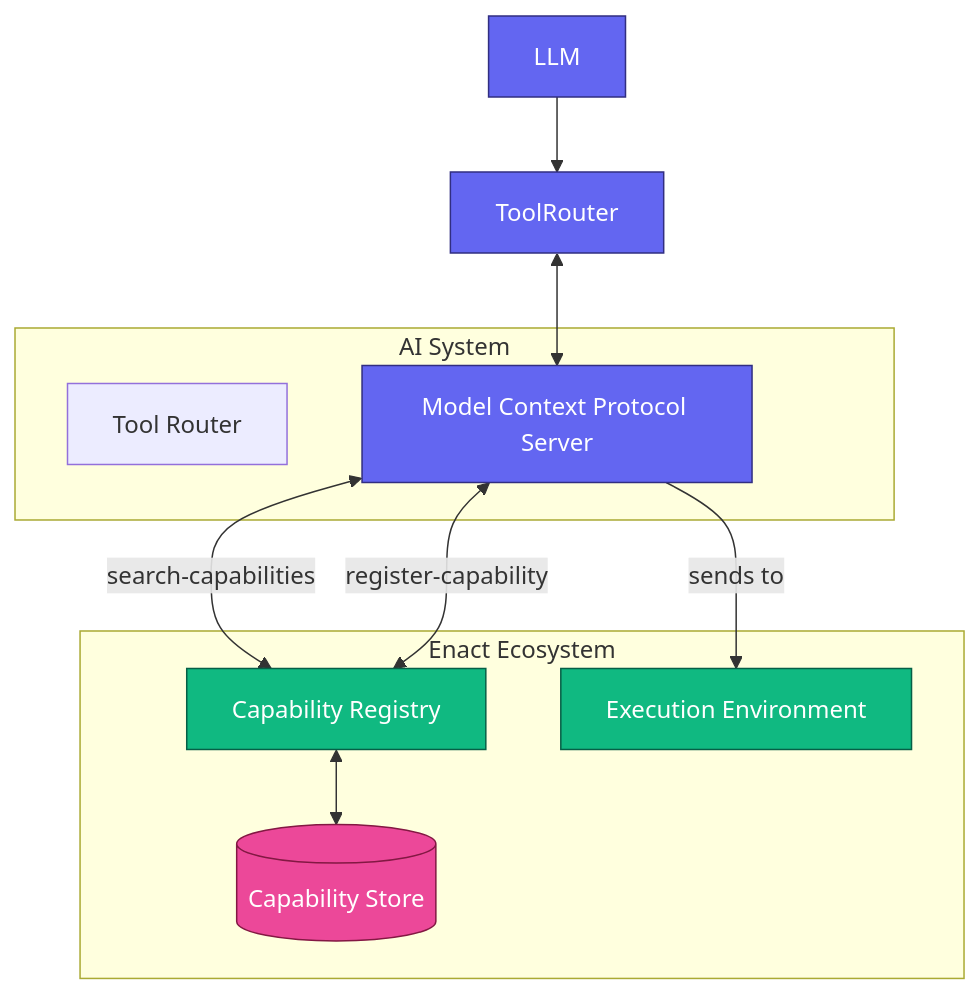
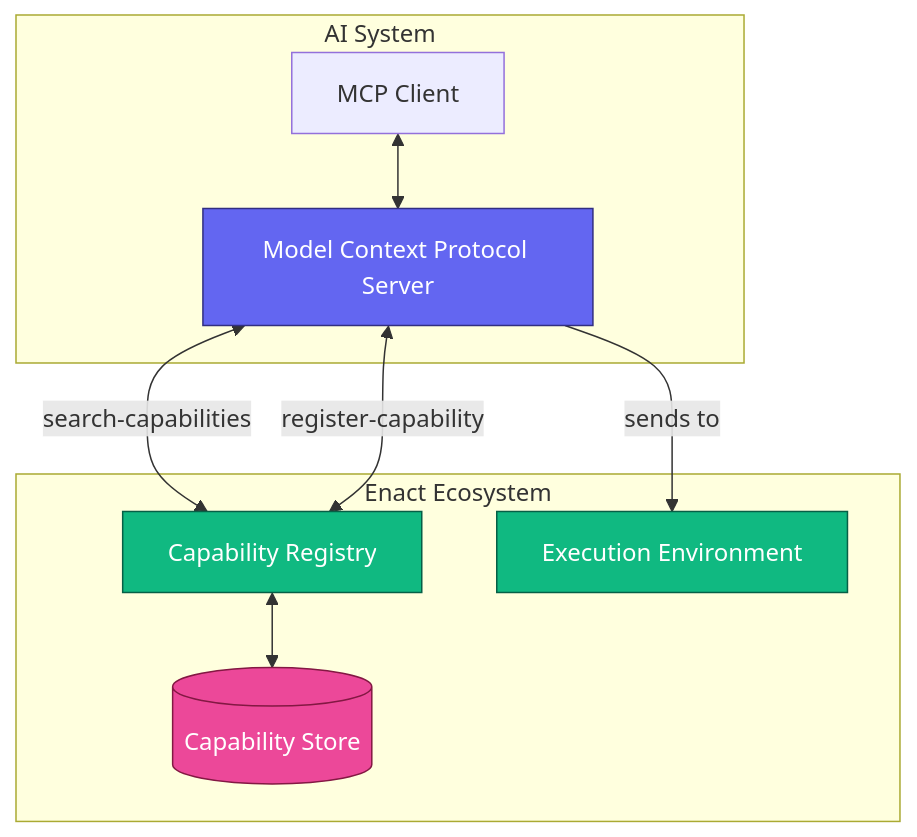
The first of 2 diagrams in README.md (EnactProtocol/encat-spec-and-tools), drawn with Mermaid before and after one commit.

````diff
--- a/README.md
+++ b/README.md
@@ -29,32 +29,31 @@
 ```mermaid
 flowchart TB
     subgraph "AI System"
-        MCPClient[Tool Router]
+        MCPClient[MCP Client]
         MCPServer[Model Context Protocol Server]
     end
     
     subgraph "Enact Ecosystem"
         Registry[Capability Registry]
         ExecEnv[Execution Environment]
         CapabilityStore[(Capability Store)]
     end
     
-    LLM --> ToolRouter
-    ToolRouter <--> MCPServer
+    MCPClient <--> MCPServer
     MCPServer <-->|search-capabilities| Registry
     MCPServer <-->|register-capability| Registry
     
     Registry <--> CapabilityStore
     
     MCPServer -->|sends to| ExecEnv
     
     classDef ai fill:#6366F1,stroke:#312E81,stroke-width:1px,color:white
     classDef enact fill:#10B981,stroke:#065F46,stroke-width:1px,color:white
     classDef external fill:#F59E0B,stroke:#92400E,stroke-width:1px,color:white
     classDef data fill:#EC4899,stroke:#831843,stroke-width:1px,color:white
     
     class LLM,ToolRouter,MCPServer ai
     class Registry,Capabilities,ExecEnv enact
     class APIs,Services,Data external
     class CapabilityStore data
 ```
````
